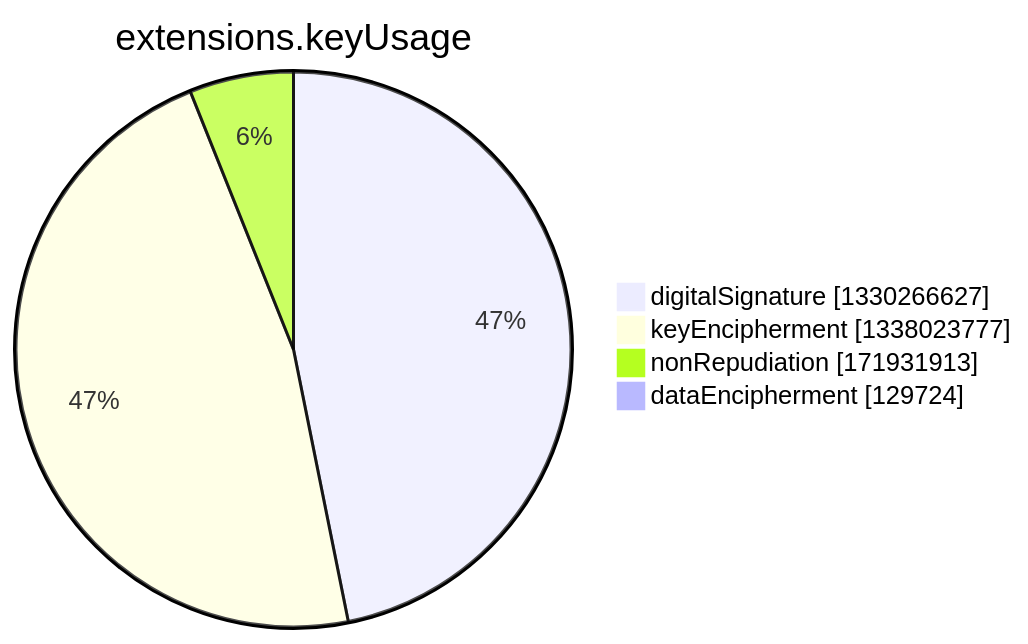
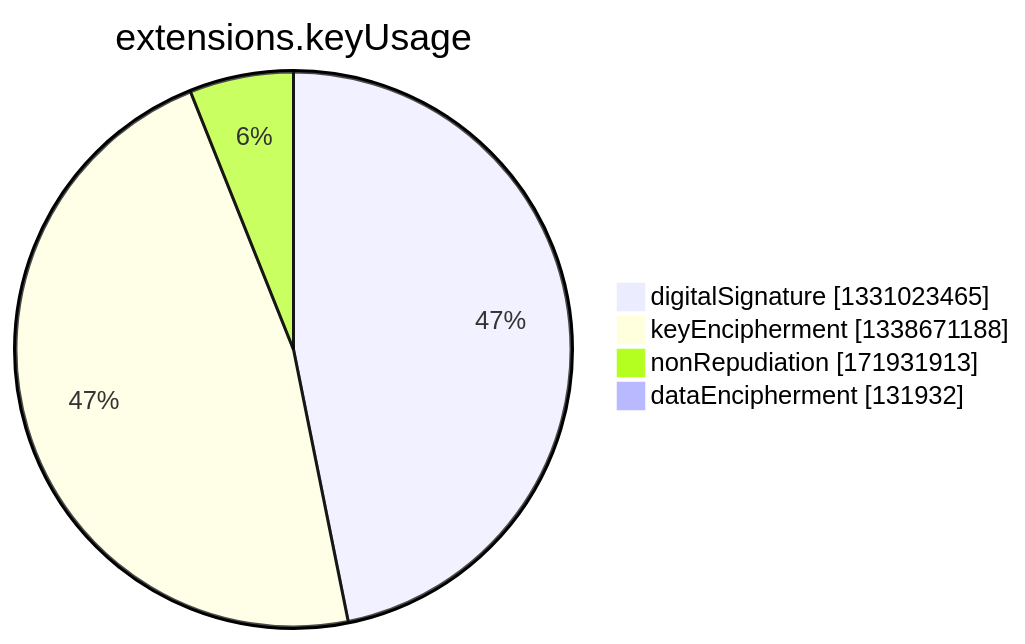
Before and after one commit to christiankrug/ctmonitor_visualization: the seventh of 15 diagrams in argon2022/README.md, drawn with Mermaid. The commit also changed other lines of this file, not shown here.

````diff
--- a/argon2022/README.md
+++ b/argon2022/README.md
@@ -2750,8 +2750,8 @@
 ```mermaid
 pie showData
 title extensions.keyUsage
-"digitalSignature" :1330266627
-"keyEncipherment" :1338023777
+"digitalSignature" :1331023465
+"keyEncipherment" :1338671188
 "nonRepudiation" :171931913
-"dataEncipherment" :129724
+"dataEncipherment" :131932
 ```
````
